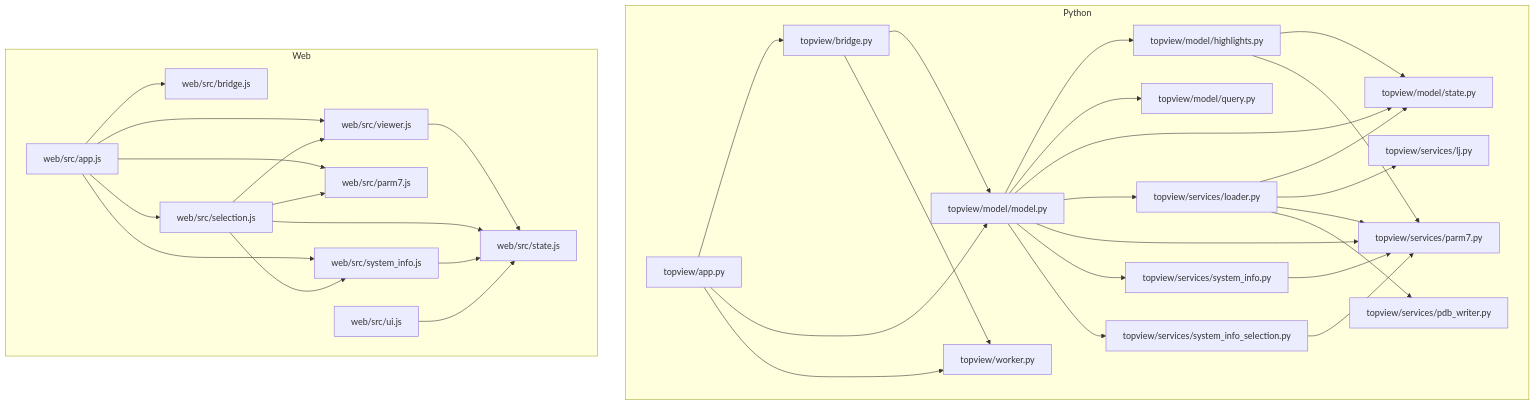
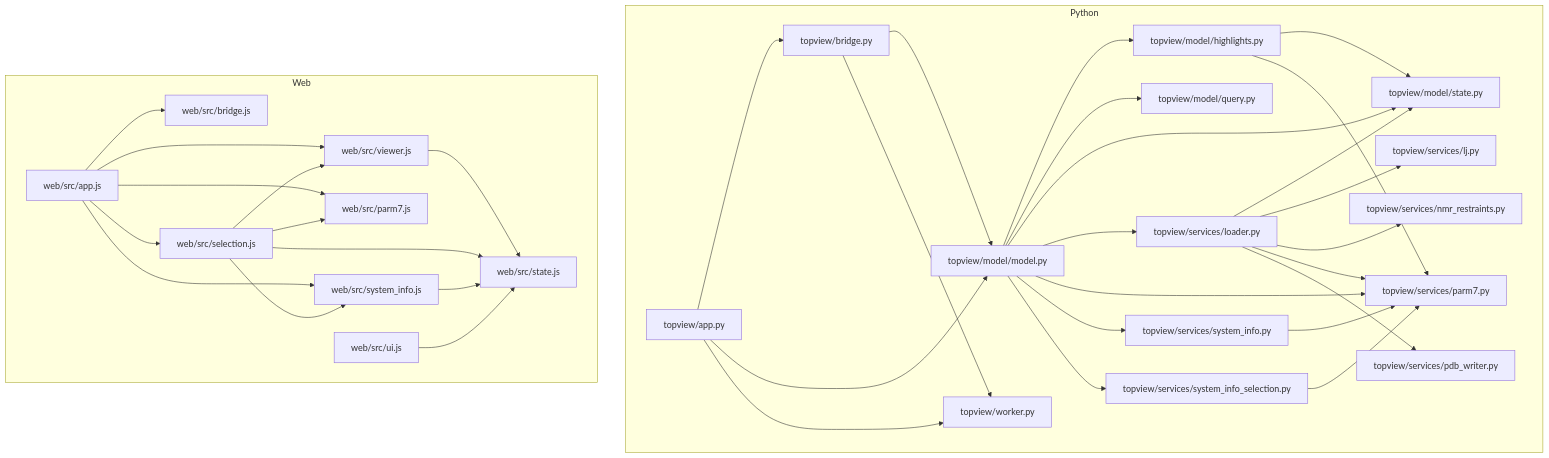
Before and after one commit to pgbarletta/topview: the diagram in codebase-docs/assets/module-dependencies.mmd, drawn with Mermaid. The commit also changed 22 other files, not shown here.

```diff
--- a/codebase-docs/assets/module-dependencies.mmd
+++ b/codebase-docs/assets/module-dependencies.mmd
@@ -1,61 +1,63 @@
 flowchart TD
   subgraph Python
     App[topview/app.py]
     Bridge[topview/bridge.py]
     Model[topview/model/model.py]
     Highlight[topview/model/highlights.py]
     Query[topview/model/query.py]
     State[topview/model/state.py]
     Loader[topview/services/loader.py]
+    NMR[topview/services/nmr_restraints.py]
     Parm7[topview/services/parm7.py]
     LJ[topview/services/lj.py]
     SysInfo[topview/services/system_info.py]
     SysSel[topview/services/system_info_selection.py]
     PDB[topview/services/pdb_writer.py]
     Worker[topview/worker.py]
   end
 
   App --> Bridge
   App --> Model
   App --> Worker
   Bridge --> Model
   Bridge --> Worker
   Model --> Highlight
   Model --> Query
   Model --> State
   Model --> Loader
   Model --> Parm7
   Model --> SysInfo
   Model --> SysSel
   Highlight --> State
   Highlight --> Parm7
   Loader --> State
   Loader --> LJ
+  Loader --> NMR
   Loader --> Parm7
   Loader --> PDB
   SysInfo --> Parm7
   SysSel --> Parm7
 
   subgraph Web
     JsApp[web/src/app.js]
     JsBridge[web/src/bridge.js]
     Viewer[web/src/viewer.js]
     Selection[web/src/selection.js]
     ParmPanel[web/src/parm7.js]
     InfoPanel[web/src/system_info.js]
     UI[web/src/ui.js]
     SharedState[web/src/state.js]
   end
 
   JsApp --> JsBridge
   JsApp --> Viewer
   JsApp --> Selection
   JsApp --> ParmPanel
   JsApp --> InfoPanel
   Selection --> Viewer
   Selection --> ParmPanel
   Selection --> InfoPanel
   Viewer --> SharedState
   Selection --> SharedState
   InfoPanel --> SharedState
   UI --> SharedState
```
